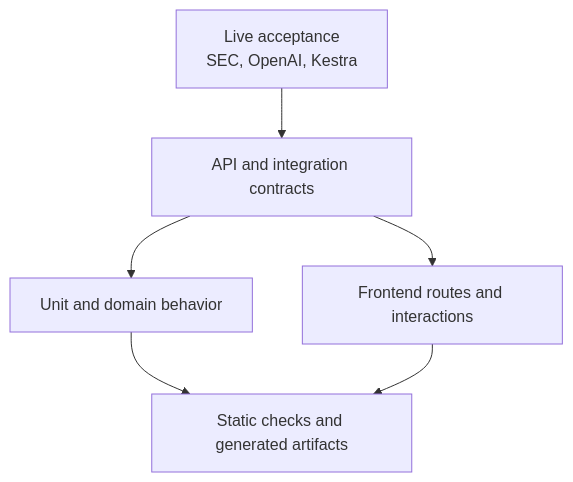
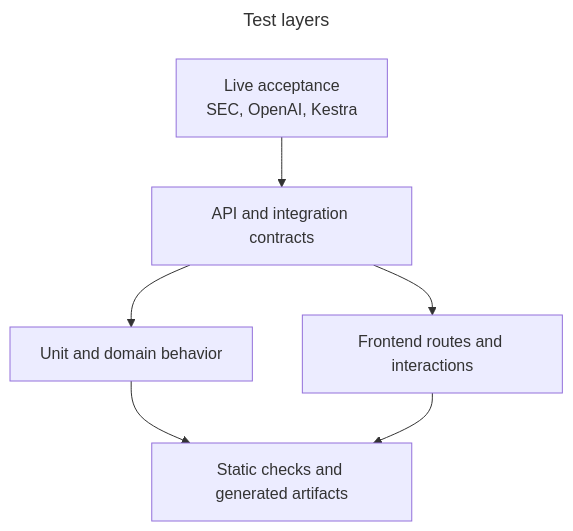
One commit to hongchit/sec-filing-rag-poc changed the diagram in docs/testing.md. Above: the diagram before and after it, drawn with Mermaid. The commit also changed 43 other files, not shown here.

````diff
--- a/docs/testing.md
+++ b/docs/testing.md
@@ -9,8 +9,11 @@
 ```mermaid
+---
+title: Test layers
+---
 flowchart TB
   A[Live acceptance<br/>SEC, OpenAI, Kestra] --> I[API and integration contracts]
   I --> U[Unit and domain behavior]
   I --> F[Frontend routes and interactions]
   U --> S[Static checks and generated artifacts]
   F --> S
 ```
````
